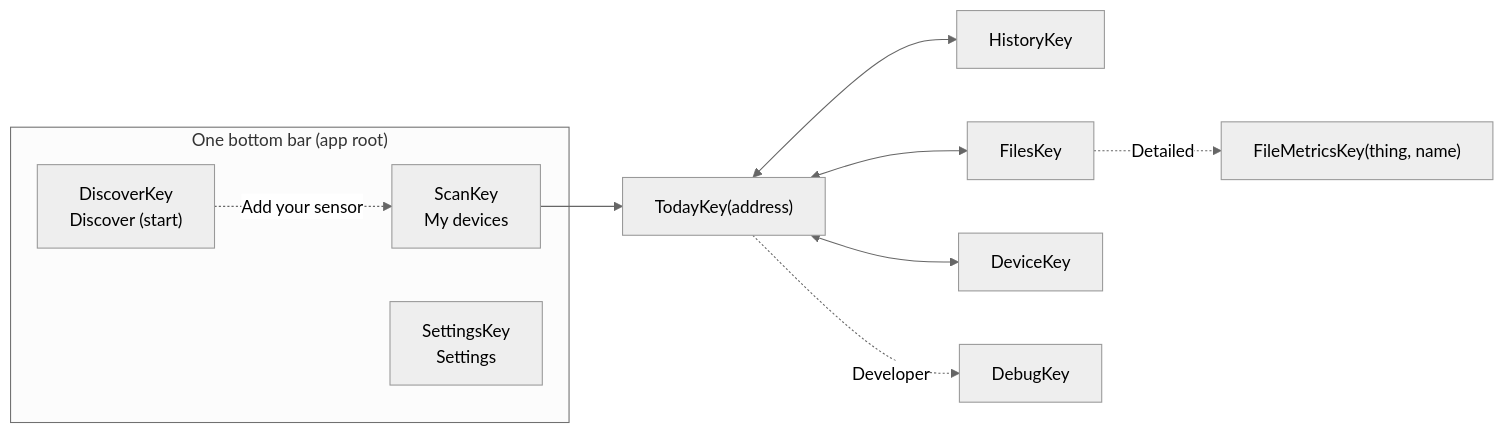
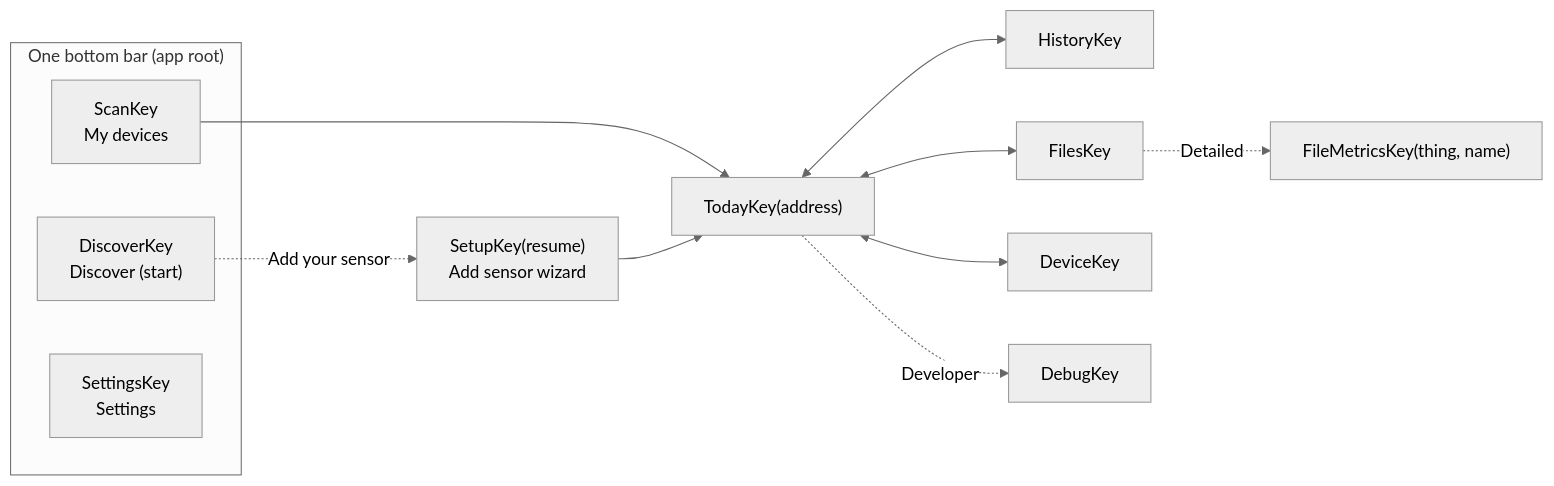
Before and after one commit to walkthru-earth/opensensor-space-mobile: the diagram in docs/screens.md, drawn with Mermaid (neutral theme). The commit also changed other lines of this file and 61 other files, not shown here.

First line of the commit message:
Add the setup wizard step graph and the ConfigField table (#241)

````diff
--- a/docs/screens.md
+++ b/docs/screens.md
@@ -9,15 +9,16 @@
 ```mermaid
 flowchart LR
   subgraph Bar["One bottom bar (app root)"]
     Discover["DiscoverKey<br/>Discover (start)"]
     Scan["ScanKey<br/>My devices"]
     Settings["SettingsKey<br/>Settings"]
   end
   Scan --> Today["TodayKey(address)"]
   Today <--> History["HistoryKey"]
   Today <--> Files["FilesKey"]
   Today <--> Device["DeviceKey"]
   Today -. Developer .-> Debug["DebugKey"]
   Files -. Detailed .-> Metrics["FileMetricsKey(thing, name)"]
-  Discover -. Add your sensor .-> Scan
+  Discover -. Add your sensor .-> Setup["SetupKey(resume)<br/>Add sensor wizard"]
+  Setup --> Today
 ```
````
